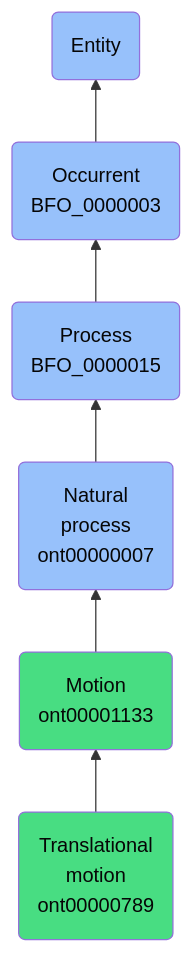
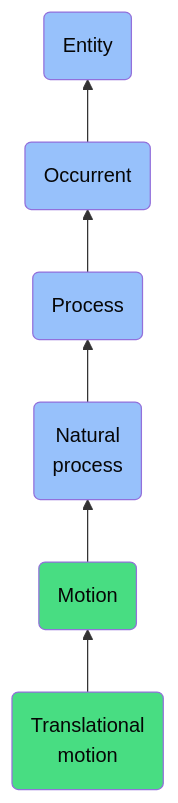
Before and after one commit to jupyter-naas/abi: the diagram in docs/ontology/reference/model/Entity/Occurrent/Process/Natural process/Motion/Translational motion/Translational motion.md, drawn with Mermaid. The commit also changed other lines of this file and 1430 other files, not shown here.

````diff
--- a/docs/ontology/reference/model/Entity/Occurrent/Process/Natural process/Motion/Translational motion/Translational motion.md
+++ b/docs/ontology/reference/model/Entity/Occurrent/Process/Natural process/Motion/Translational motion/Translational motion.md
@@ -24,13 +24,13 @@
 ```mermaid
 graph BT
-    ont00000789(Translational<br>motion<br>ont00000789):::ABI-->ont00001133
-    ont00001133(Motion<br>ont00001133):::ABI-->ont00000007
-    ont00000007(Natural<br>process<br>ont00000007):::BFO-->BFO_0000015
-    BFO_0000015(Process<br>BFO_0000015):::BFO-->BFO_0000003
-    BFO_0000003(Occurrent<br>BFO_0000003):::BFO-->BFO_0000001
+    ont00000789(Translational<br>motion):::ABI-->ont00001133
+    ont00001133(Motion):::ABI-->ont00000007
+    ont00000007(Natural<br>process):::BFO-->BFO_0000015
+    BFO_0000015(Process):::BFO-->BFO_0000003
+    BFO_0000003(Occurrent):::BFO-->BFO_0000001
     BFO_0000001(Entity):::BFO
     
     classDef BFO fill:#97c1fb,color:#060606
     classDef CCO fill:#e4c51e,color:#060606
     classDef ABI fill:#48DD82,color:#060606
 ```
````
